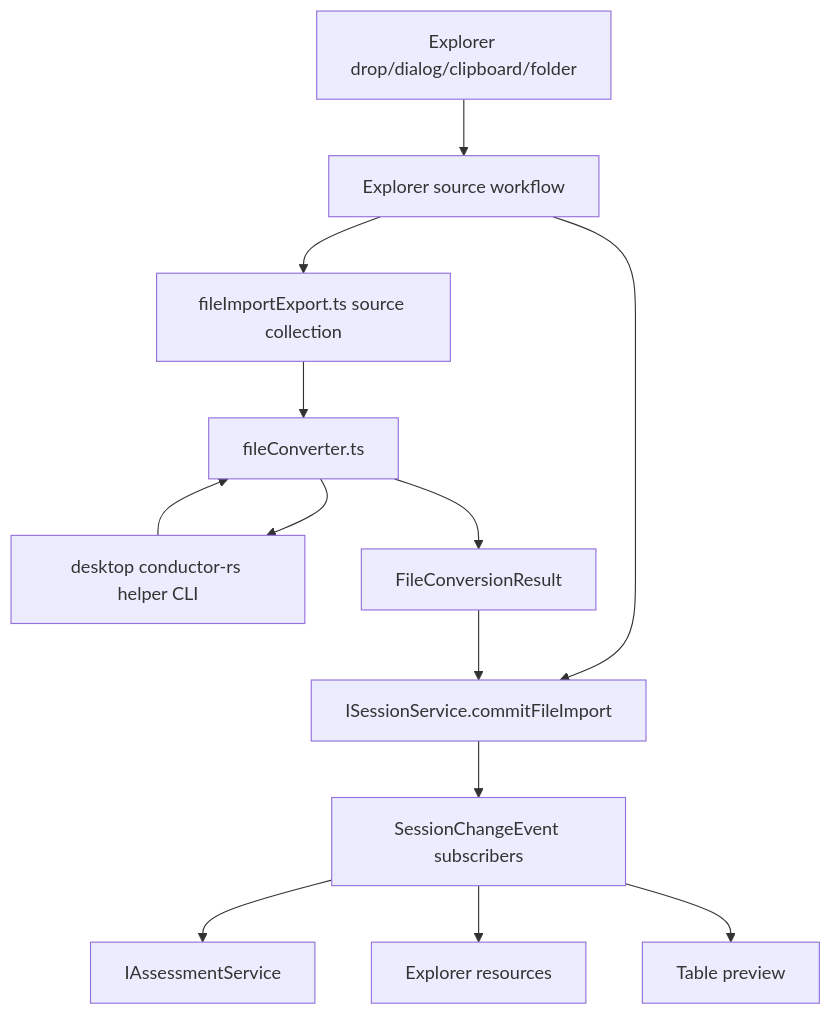
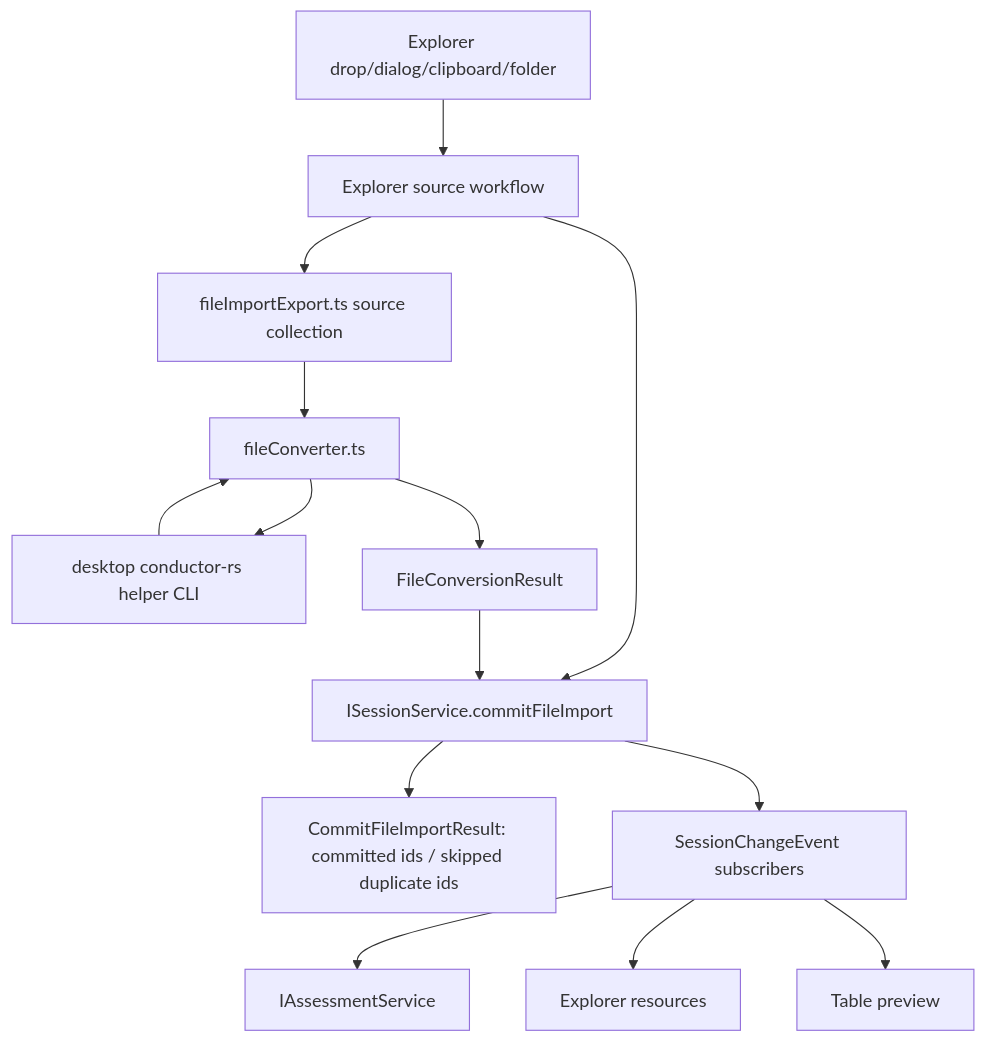
Before and after one commit to chogng/conductor: the diagram in .github/instructions/files.instructions.md, drawn with Mermaid. The commit also changed 12 other files, not shown here.

Commit message:
Ignore duplicate file imports during session commits

````diff
--- a/.github/instructions/files.instructions.md
+++ b/.github/instructions/files.instructions.md
@@ -231,15 +231,16 @@
 ```mermaid
 flowchart TD
     User[Explorer drop/dialog/clipboard/folder] --> Workflow[Explorer source workflow]
     Workflow --> Source[fileImportExport.ts source collection]
     Source --> Converter[fileConverter.ts]
     Converter --> DesktopRust[desktop conductor-rs helper CLI]
     DesktopRust --> Converter
     Converter --> Result[FileConversionResult]
     Workflow --> Session[ISessionService.commitFileImport]
+    Session --> WorkflowResult[CommitFileImportResult: committed ids / skipped duplicate ids]
     Result --> Session
     Session --> Consumers[SessionChangeEvent subscribers]
     Consumers --> Assessment[IAssessmentService]
     Consumers --> Explorer[Explorer resources]
     Consumers --> Table[Table preview]
 ```
````
